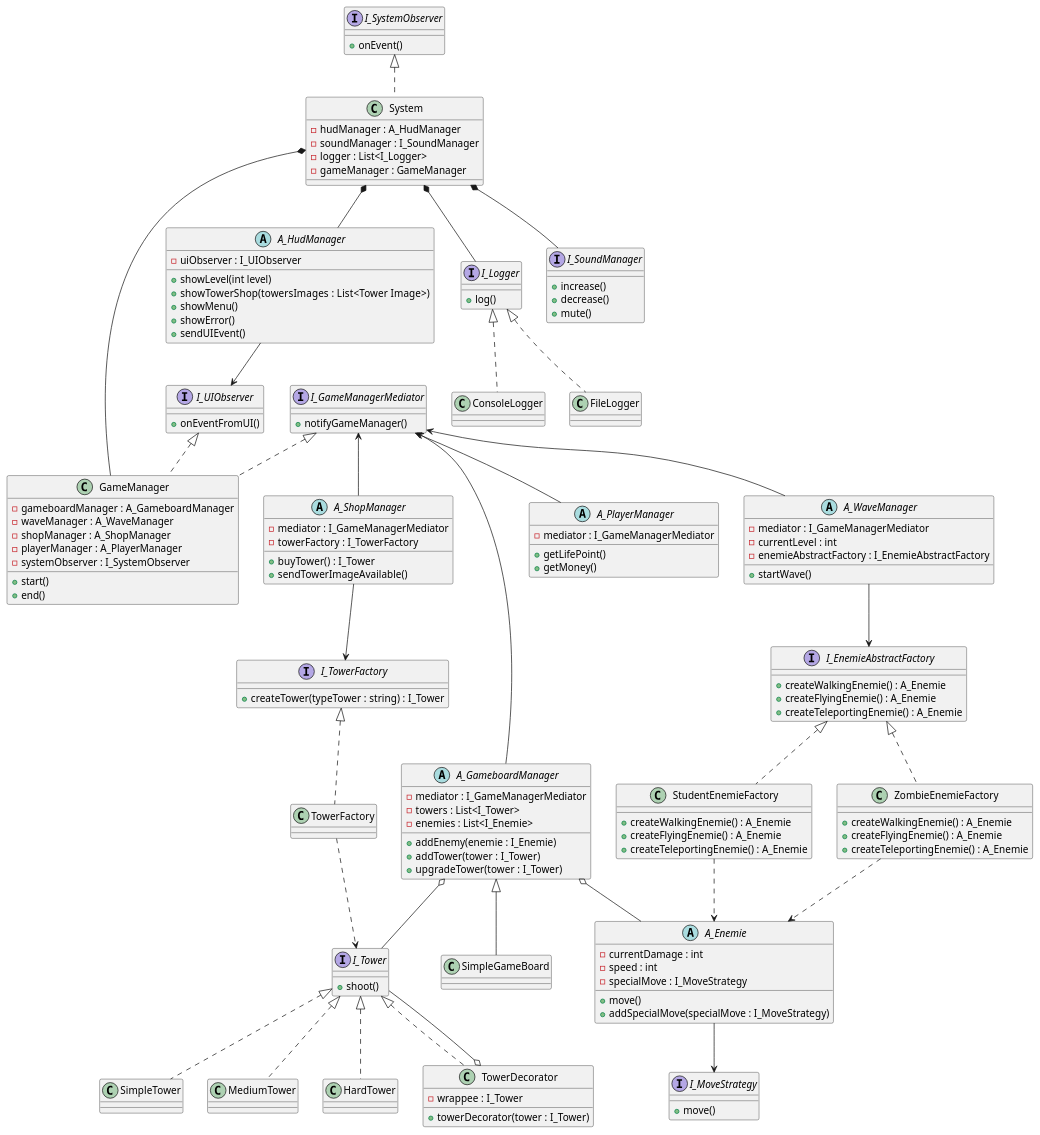
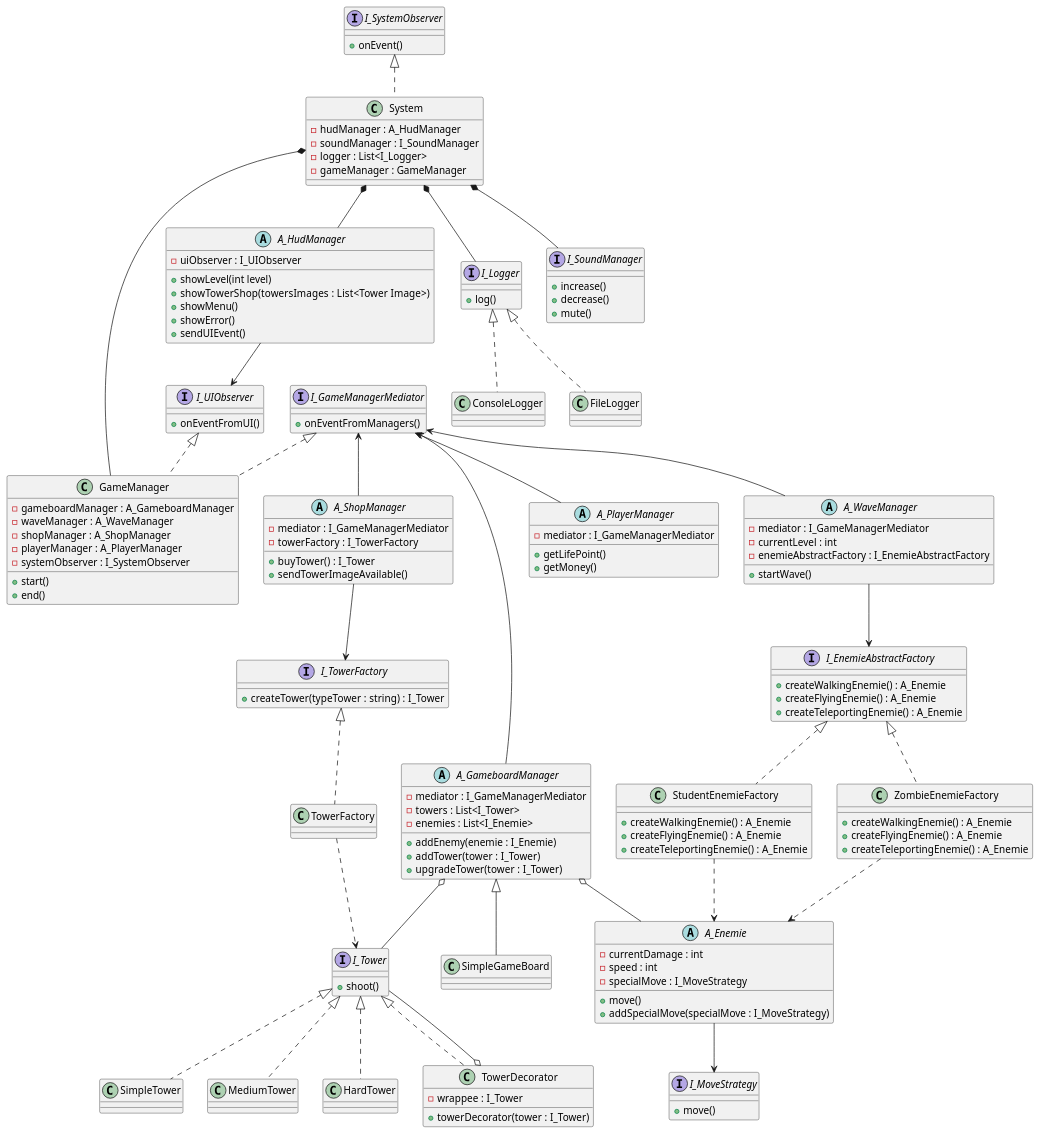
The diagram in uml.plantuml (bobylatruffe/tower_defense), drawn with PlantUML before and after one commit. The commit also changed 8 other files, not shown here.

```diff
--- a/uml.plantuml
+++ b/uml.plantuml
@@ -1,198 +1,198 @@
 @startuml "tower_defense_uml"
 
 /' left to right direction '/
 /' skinparam linetype ortho '/
 /' skinparam linetype polyline '/
 
 class GameManager implements I_UIObserver, I_GameManagerMediator {
     - gameboardManager : A_GameboardManager
     - waveManager : A_WaveManager
     - shopManager : A_ShopManager
     - playerManager : A_PlayerManager
     - systemObserver : I_SystemObserver
     + start()
     + end()
 }
 
 class System implements I_SystemObserver {
     - hudManager : A_HudManager
     - soundManager : I_SoundManager
     - logger : List<I_Logger>
     - gameManager : GameManager
 }
 
 interface I_Logger {
     + log()
 }
 
 
 class FileLogger implements I_Logger {
 }
 
 class ConsoleLogger implements I_Logger {
 }
 
 ' note left of GameManager
 '     Orchestre le cycle de vie du jeu en
 '     coordonnant les différents gestionnaires
 '     nécessaires au fonctionnement du TowerDefense.
 ' end note
 
 abstract class A_GameboardManager  {
     - mediator : I_GameManagerMediator
     - towers : List<I_Tower>
     - enemies : List<I_Enemie>
     + addEnemy(enemie : I_Enemie)
     + addTower(tower : I_Tower)
     + upgradeTower(tower : I_Tower)
 }
 
 A_GameboardManager o-- I_Tower
 TowerDecorator o-- I_Tower
 /' A_GameboardManager *-- TowerDecorator '/
 /' A_GameboardManager --> TowerDecorator '/
 
 abstract class A_WaveManager  {
     - mediator : I_GameManagerMediator
     - currentLevel : int
     - enemieAbstractFactory : I_EnemieAbstractFactory
     + startWave()
 }
 
 interface I_EnemieAbstractFactory {
     + createWalkingEnemie() : A_Enemie
     + createFlyingEnemie() : A_Enemie
     + createTeleportingEnemie() : A_Enemie
 }
 
 A_WaveManager --> I_EnemieAbstractFactory
 
 class StudentEnemieFactory implements I_EnemieAbstractFactory {
     + createWalkingEnemie() : A_Enemie
     + createFlyingEnemie() : A_Enemie
     + createTeleportingEnemie() : A_Enemie
 }
 
 StudentEnemieFactory ..> A_Enemie
 
 class ZombieEnemieFactory implements I_EnemieAbstractFactory {
     + createWalkingEnemie() : A_Enemie
     + createFlyingEnemie() : A_Enemie
     + createTeleportingEnemie() : A_Enemie
 }
 
 ZombieEnemieFactory ..> A_Enemie
 
 abstract class A_ShopManager {
     - mediator : I_GameManagerMediator
     - towerFactory : I_TowerFactory
     + buyTower() : I_Tower
     + sendTowerImageAvailable()
 }
 
 abstract class A_PlayerManager  {
     - mediator : I_GameManagerMediator
     + getLifePoint()
     + getMoney()
 }
 
 class TowerFactory implements I_TowerFactory {
 
 }
 
 A_ShopManager --> I_TowerFactory
 
 abstract class A_HudManager {
     - uiObserver : I_UIObserver
     + showLevel(int level)
     + showTowerShop(towersImages : List<Tower  Image>)
     + showMenu()
     + showError()
     + sendUIEvent()
 }
 
 interface I_TowerFactory {
     + createTower(typeTower : string) : I_Tower
 }
 
 interface I_SoundManager {
     + increase()
     + decrease()
     + mute()
 }
 
 interface I_SystemObserver {
     + onEvent()
 }
 
 interface I_UIObserver {
     + onEventFromUI()
 }
 
 interface I_GameManagerMediator {
-    + notifyGameManager()
+    + onEventFromManagers()
 }
 
 /' GameManager o-- A_GameboardManager
 GameManager o-- A_WaveManager
 GameManager o-- A_ShopManager
 GameManager o-- A_PlayerManager
 GameManager o-- I_SystemObserver '/
 
 System *-- A_HudManager
 System *-- I_SoundManager
 System *-- I_Logger
 System *-- GameManager
 
 A_HudManager --> I_UIObserver
 
 I_GameManagerMediator <-- A_GameboardManager
 I_GameManagerMediator <-- A_PlayerManager
 I_GameManagerMediator <-- A_WaveManager
 I_GameManagerMediator <-- A_ShopManager
 
 /' A_GameboardManager o-- I_Tower '/
 A_GameboardManager o-- A_Enemie
 
 TowerFactory ..> I_Tower
 
 interface I_Tower {
     + shoot()
 }
 
 class SimpleTower implements I_Tower {
     
 }
 
 class MediumTower implements I_Tower {
     
 }
 
 class HardTower implements I_Tower {
     
 }
 
 class TowerDecorator implements I_Tower {
     - wrappee : I_Tower
     + towerDecorator(tower : I_Tower)
 }
 
 interface I_MoveStrategy {
     + move()
 }
 
 abstract class A_Enemie {
     - currentDamage : int
     - speed : int
     - specialMove : I_MoveStrategy
     + move()
     + addSpecialMove(specialMove : I_MoveStrategy)
 }
 
 A_Enemie --> I_MoveStrategy
 
 class SimpleGameBoard extends A_GameboardManager {
 
 }
 
 @enduml
```
